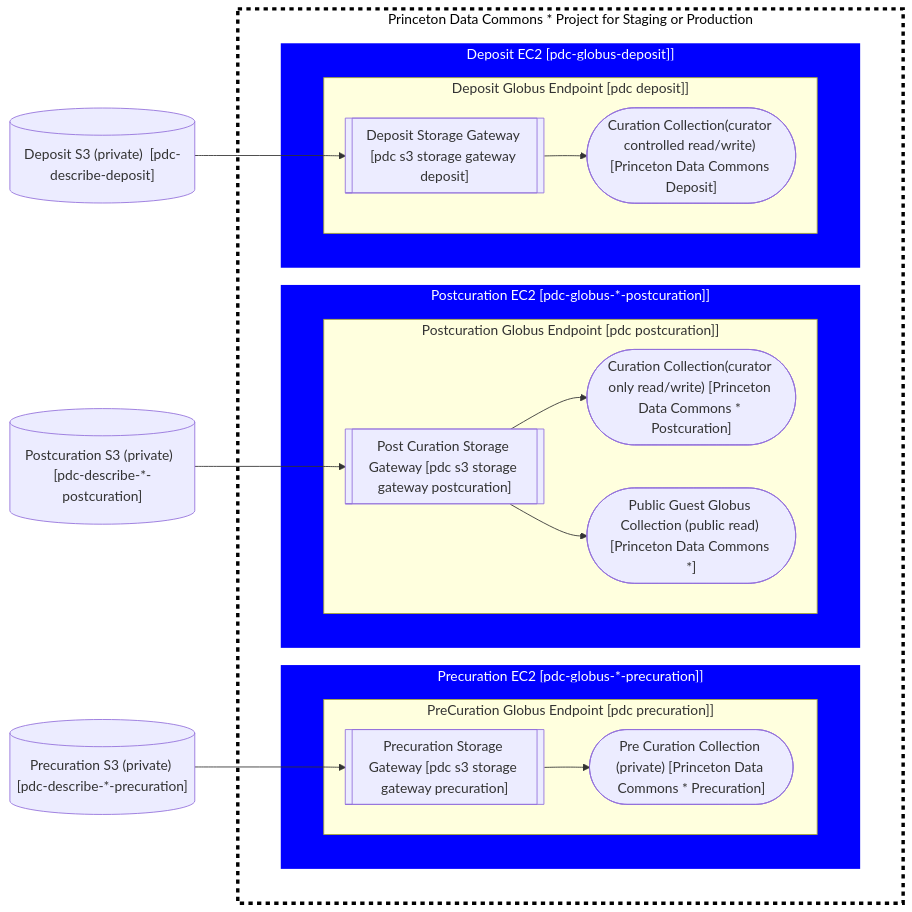
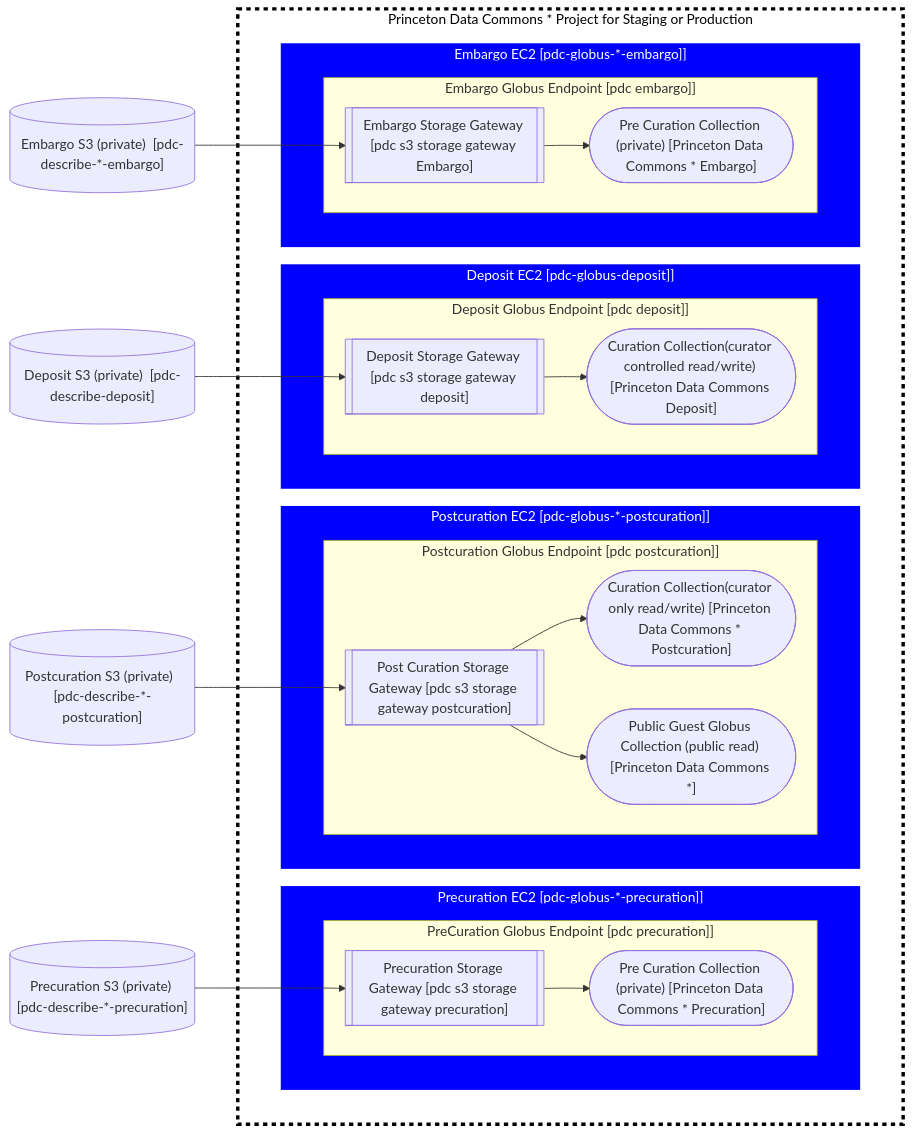
Before and after one commit to pulibrary/rdss-handbook: the diagram in globus.md, drawn with Mermaid.

Commit message:
Update diagram to include embargo architecture

````diff
--- a/globus.md
+++ b/globus.md
@@ -65,38 +65,46 @@
 ```mermaid
   graph LR;
       S31[("Precuration S3 (private) [pdc-describe-*-precuration]")]-->SG1
-         S32[("Postcuration S3 (private)  [pdc-describe-*-postcuration]")]-->SG2
+      S32[("Postcuration S3 (private)  [pdc-describe-*-postcuration]")]-->SG2
       S33[("Deposit S3 (private)  [pdc-describe-deposit]")]-->SG3
+      S34[("Embargo S3 (private)  [pdc-describe-*-embargo]")]-->SG4
       subgraph project ["Princeton Data Commons * Project for Staging or Production"]
       subgraph project_space [" "]
       style project fill:#fff,stroke:#000,stroke-width:4px,color:#000,stroke-dasharray: 5 5
       style project_space fill:#fff,stroke:#000,stroke-width:0px
          subgraph EC2 ["Precuration EC2  [pdc-globus-*-precuration]]"]
          subgraph ec2_sp [" "]
             subgraph "PreCuration Globus Endpoint [pdc precuration]]"
                SG1[["Precuration Storage Gateway [pdc s3 storage gateway precuration]"]]-->B(["Pre Curation Collection (private) [Princeton Data Commons * Precuration]"])
             end
          end
          end
          subgraph EC2a ["Postcuration EC2 [pdc-globus-*-postcuration]]"]
          subgraph ec2a_sp [" "]
             subgraph "Postcuration Globus Endpoint [pdc postcuration]]"
                SG2[["Post Curation Storage Gateway [pdc s3 storage gateway postcuration]"]]-->D(["Curation Collection(curator only read/write) [Princeton Data Commons * Postcuration]"]);
                SG2-->E(["Public Guest Globus Collection (public read) [Princeton Data Commons *]"]);
             end
          end
          end
          subgraph EC2b ["Deposit EC2 [pdc-globus-deposit]]"]
          subgraph ec2b_sp [" "]
             subgraph "Deposit Globus Endpoint [pdc deposit]]"
                SG3[["Deposit Storage Gateway [pdc s3 storage gateway deposit]"]]-->DE(["Curation Collection(curator controlled read/write) [Princeton Data Commons Deposit]"]);
             end
          end
          end
-      end
+         subgraph EC2c ["Embargo EC2  [pdc-globus-*-embargo]]"]
+           subgraph ec2c_sp [" "]
+             subgraph "Embargo Globus Endpoint [pdc embargo]]"
+               SG4[["Embargo Storage Gateway [pdc s3 storage gateway Embargo]"]]-->EE(["Pre Curation Collection (private) [Princeton Data Commons * Embargo]"])
+             end
+           end
+         end
+     end
    end
 
    classDef ecclass fill:#00f,stroke:#00f,stroke-width:0px,color:#fff;
-   class EC2,EC2a,EC2b,ec2_sp,ec2a_sp,ec2b_sp ecclass;
+   class EC2,EC2a,EC2b,EC2c,ec2_sp,ec2a_sp,ec2b_sp,ec2c_sp ecclass;
 
 ```
````
